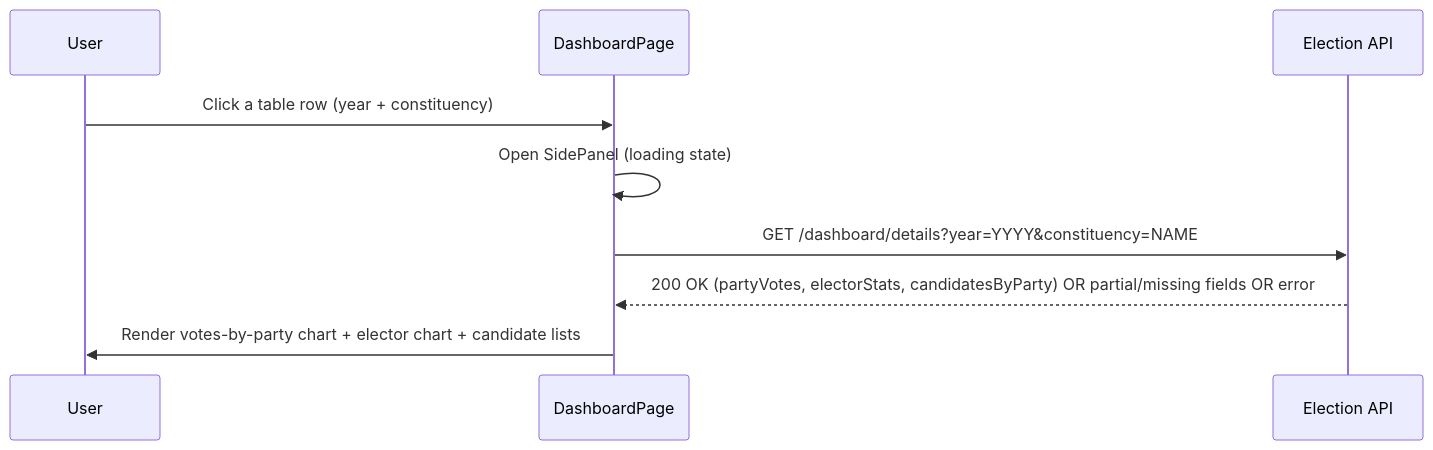
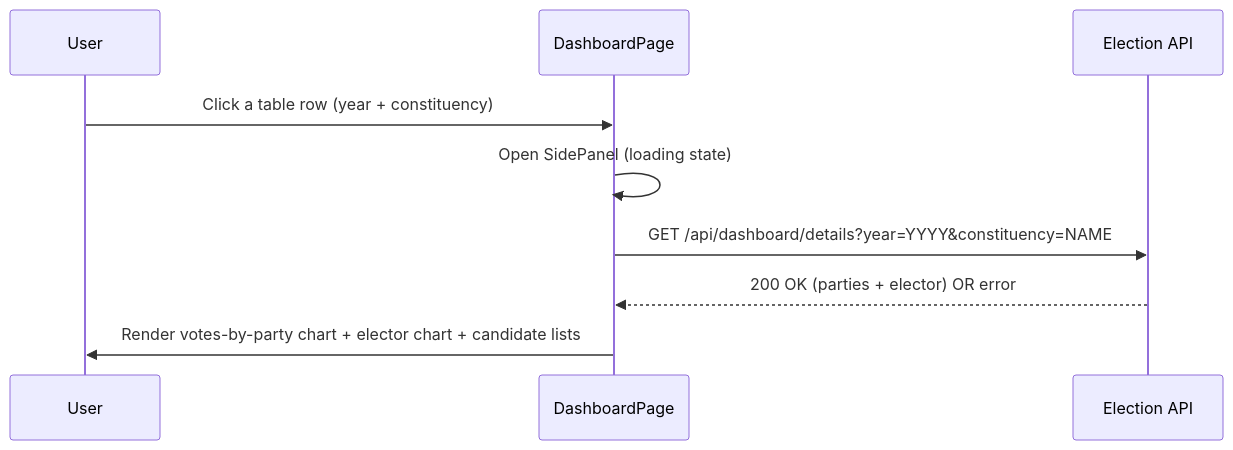
The tenth of 12 diagrams in docs/Software Design Description.md (shannenlolol/SG_Election_App_SL), drawn with Mermaid before and after one commit. The commit also changed other lines of this file and 3 other files, not shown here.

````diff
--- a/docs/Software Design Description.md
+++ b/docs/Software Design Description.md
@@ -342,13 +250,13 @@
 ```mermaid
 sequenceDiagram
     participant User
     participant DashboardPage
     participant ElectionAPI as Election API
 
     User->>DashboardPage: Click a table row (year + constituency)
     DashboardPage->>DashboardPage: Open SidePanel (loading state)
-    DashboardPage->>ElectionAPI: GET /dashboard/details?year=YYYY&constituency=NAME
-    ElectionAPI-->>DashboardPage: 200 OK (partyVotes, electorStats, candidatesByParty) OR partial/missing fields OR error
+    DashboardPage->>ElectionAPI: GET /api/dashboard/details?year=YYYY&constituency=NAME
+    ElectionAPI-->>DashboardPage: 200 OK (parties + elector) OR error
 
     DashboardPage->>User: Render votes-by-party chart + elector chart + candidate lists
 ```
````
